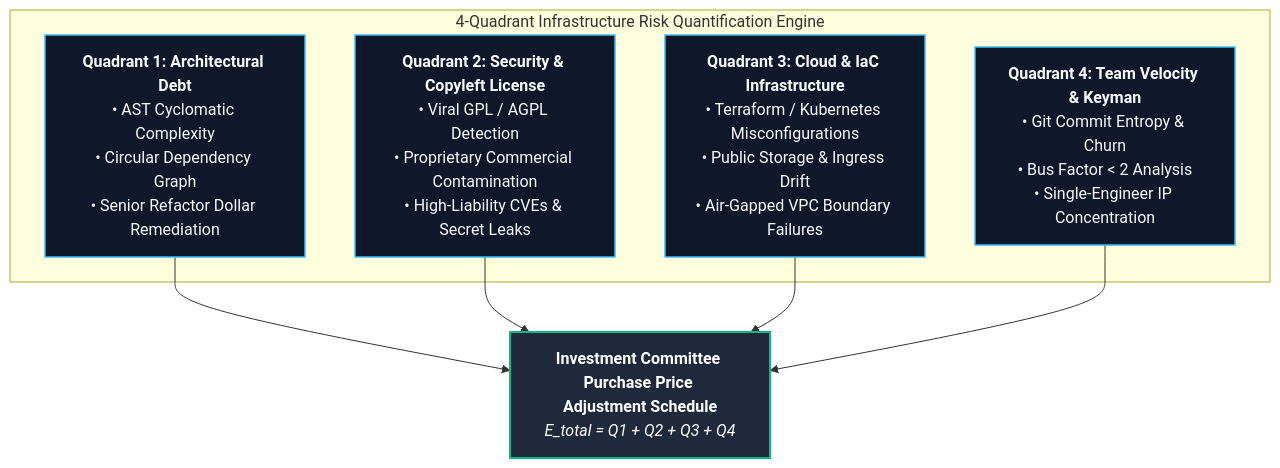
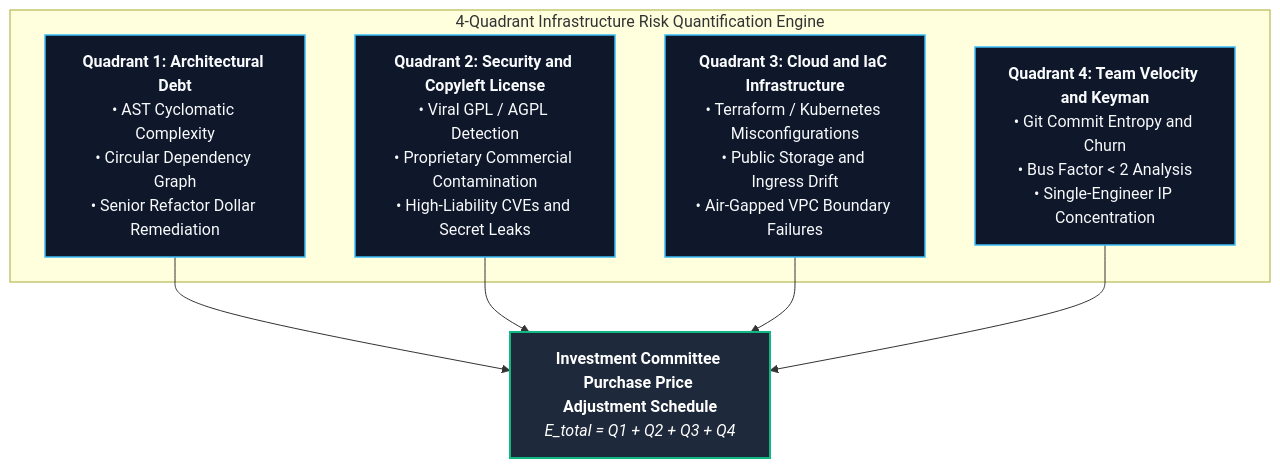
Before and after one commit to agiphi/veridence-sovereign-engine: the second of 3 diagrams in README.md, drawn with Mermaid. The commit also changed other lines of this file and 1 other file, not shown here.

````diff
--- a/README.md
+++ b/README.md
@@ -53,19 +53,19 @@
 ```mermaid
 flowchart TD
     subgraph QuantModel["4-Quadrant Infrastructure Risk Quantification Engine"]
         Q1["<b>Quadrant 1: Architectural Debt</b><br/>• AST Cyclomatic Complexity<br/>• Circular Dependency Graph<br/>• Senior Refactor Dollar Remediation"]
-        Q2["<b>Quadrant 2: Security & Copyleft License</b><br/>• Viral GPL / AGPL Detection<br/>• Proprietary Commercial Contamination<br/>• High-Liability CVEs & Secret Leaks"]
-        Q3["<b>Quadrant 3: Cloud & IaC Infrastructure</b><br/>• Terraform / Kubernetes Misconfigurations<br/>• Public Storage & Ingress Drift<br/>• Air-Gapped VPC Boundary Failures"]
-        Q4["<b>Quadrant 4: Team Velocity & Keyman</b><br/>• Git Commit Entropy & Churn<br/>• Bus Factor &lt; 2 Analysis<br/>• Single-Engineer IP Concentration"]
+        Q2["<b>Quadrant 2: Security and Copyleft License</b><br/>• Viral GPL / AGPL Detection<br/>• Proprietary Commercial Contamination<br/>• High-Liability CVEs and Secret Leaks"]
+        Q3["<b>Quadrant 3: Cloud and IaC Infrastructure</b><br/>• Terraform / Kubernetes Misconfigurations<br/>• Public Storage and Ingress Drift<br/>• Air-Gapped VPC Boundary Failures"]
+        Q4["<b>Quadrant 4: Team Velocity and Keyman</b><br/>• Git Commit Entropy and Churn<br/>• Bus Factor &lt; 2 Analysis<br/>• Single-Engineer IP Concentration"]
     end
 
     Q1 --> Schedule["<b>Investment Committee Purchase Price Adjustment Schedule</b><br/><i>E_total = Q1 + Q2 + Q3 + Q4</i>"]
     Q2 --> Schedule
     Q3 --> Schedule
     Q4 --> Schedule
 
     classDef boxStyle fill:#0f172a,stroke:#38bdf8,stroke-width:1.5px,color:#f8fafc;
     classDef totalStyle fill:#1e293b,stroke:#10b981,stroke-width:2px,color:#ffffff;
     class Q1,Q2,Q3,Q4 boxStyle;
     class Schedule totalStyle;
 ```
````
